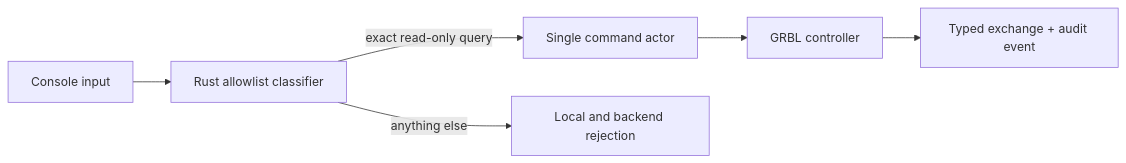
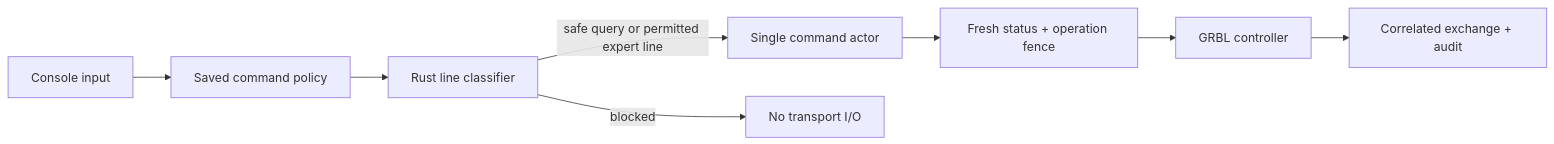
The diagram in docs/OPERATOR_CONSOLE.md (VladimirKraswov/millo), drawn with Mermaid before and after one commit. The commit also changed other lines of this file and 38 other files, not shown here.

````diff
--- a/docs/OPERATOR_CONSOLE.md
+++ b/docs/OPERATOR_CONSOLE.md
@@ -29,8 +49,10 @@
 ```mermaid
 flowchart LR
-    UI["Console input"] --> Policy["Rust allowlist classifier"]
-    Policy -->|"exact read-only query"| Actor["Single command actor"]
-    Policy -->|"anything else"| Blocked["Local and backend rejection"]
-    Actor --> Controller["GRBL controller"]
-    Controller --> Transcript["Typed exchange + audit event"]
+    UI["Console input"] --> Preference["Saved command policy"]
+    Preference --> Classifier["Rust line classifier"]
+    Classifier -->|"safe query or permitted expert line"| Actor["Single command actor"]
+    Classifier -->|"blocked"| Rejected["No transport I/O"]
+    Actor --> Lifecycle["Fresh status + operation fence"]
+    Lifecycle --> GRBL["GRBL controller"]
+    GRBL --> Result["Correlated exchange + audit"]
 ```
````
